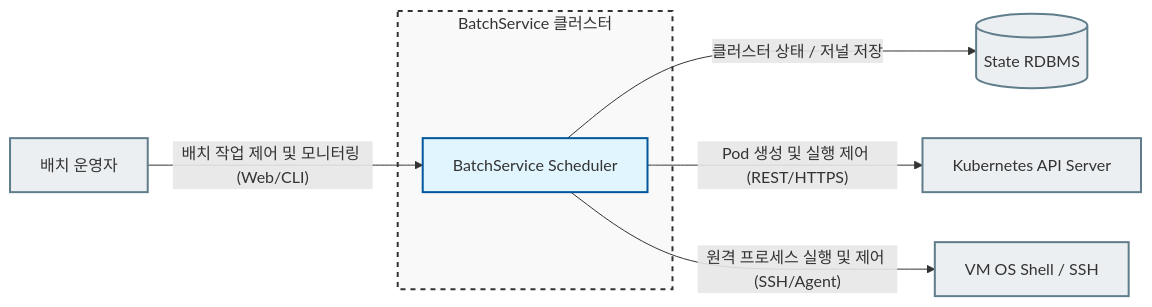
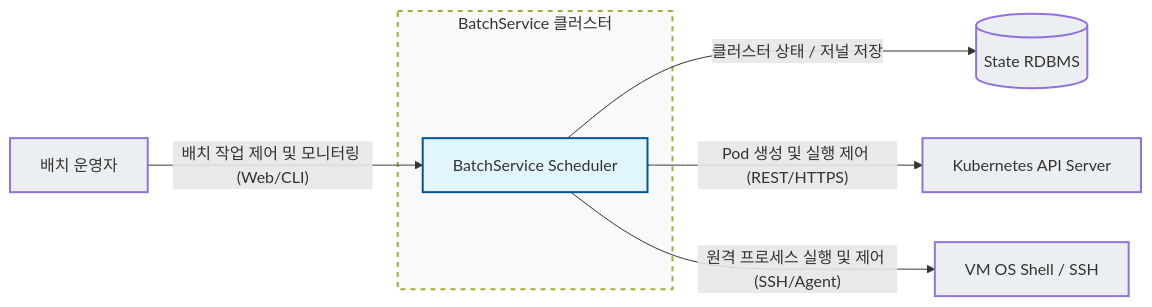
Before and after one commit to reddiana/a-cert: the second of 4 diagrams in ArchitectureSpecification-merged.md, drawn with Mermaid. The commit also changed other lines of this file and 7 other files, not shown here.

````diff
--- a/ArchitectureSpecification-merged.md
+++ b/ArchitectureSpecification-merged.md
@@ -156,28 +156,28 @@
 ```mermaid
 graph LR
     %% External Entities
     Operator[배치 운영자]
     K8sAPI[Kubernetes API Server]
     VMServer[VM OS Shell / SSH]
     RDBMS[(State RDBMS)]
 
     %% System under development
     subgraph System_Boundary [BatchService 클러스터]
         Scheduler[BatchService Scheduler]
     end
 
     %% Interactions
     Operator -->|"배치 작업 제어 및 모니터링 (Web/CLI)"| Scheduler
     Scheduler -->|클러스터 상태 / 저널 저장| RDBMS
     Scheduler -->|"Pod 생성 및 실행 제어 (REST/HTTPS)"| K8sAPI
     Scheduler -->|"원격 프로세스 실행 및 제어 (SSH/Agent)"| VMServer
     
     %% Styling
-    classDef boundary fill:#f9f9f9,stroke:#333,stroke-width:2px,stroke-dasharray: 5 5;
+    classDef boundary fill:#f9f9f9,stroke:# 333,stroke-width:2px,stroke-dasharray: 5 5;
     classDef system fill:#e1f5fe,stroke:#01579b,stroke-width:2px;
-    classDef external fill:#eceff1,stroke:#607d8b,stroke-width:2px;
+    classDef external fill:#eceff1,stroke:# 607d8b,stroke-width:2px;
     
     class System_Boundary boundary;
     class Scheduler system;
     class Operator,K8sAPI,VMServer,RDBMS external;
 ```
````
